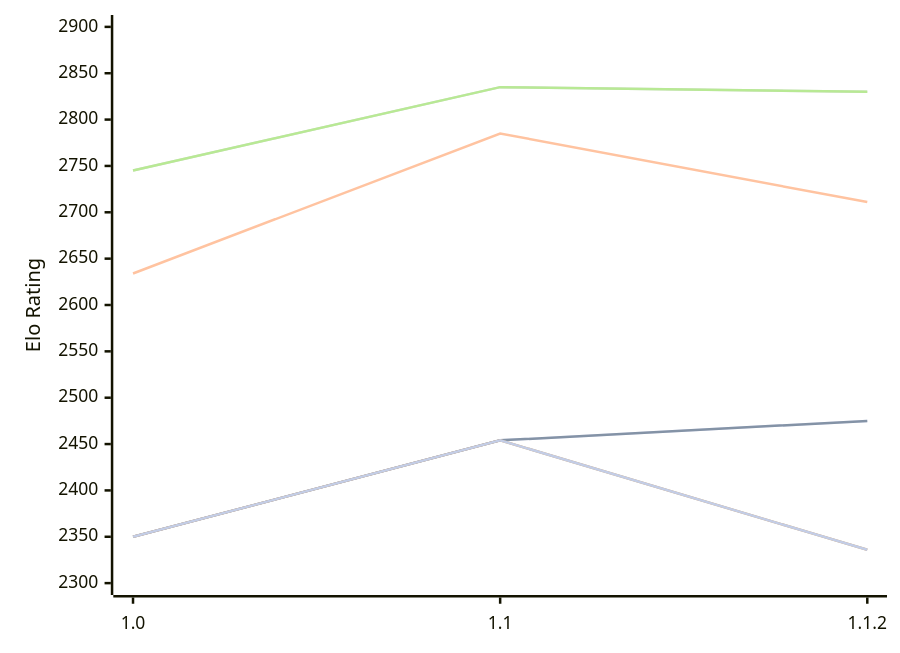
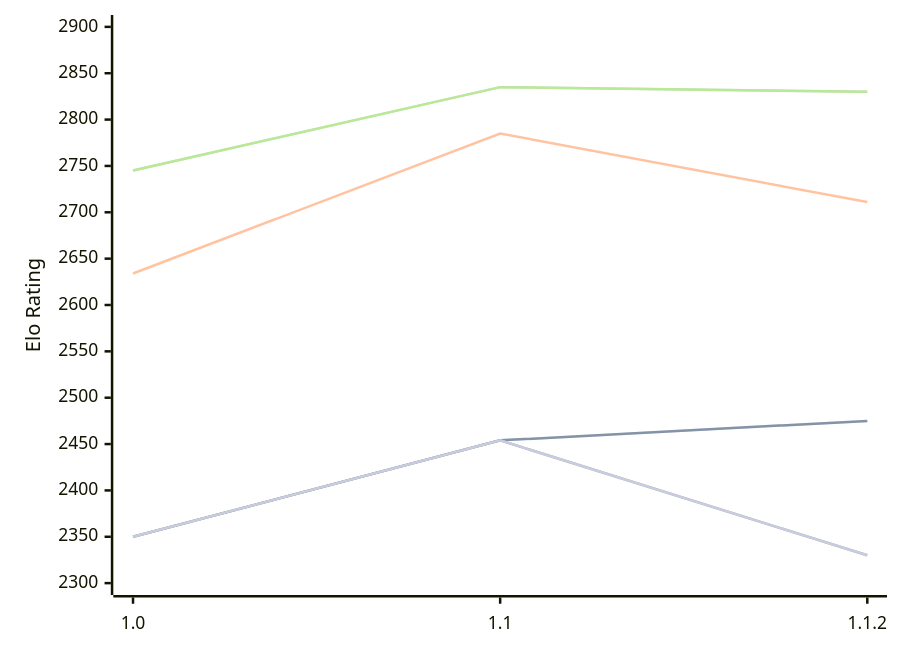
The diagram in engines/Casanchess.md (computer-chess-index/cci), drawn with Mermaid before and after one commit. The commit also changed other lines of this file, not shown here.

````diff
--- a/engines/Casanchess.md
+++ b/engines/Casanchess.md
@@ -49,13 +49,13 @@
 ```mermaid
 %%{init: {"theme":"base","themeVariables":{"seriesColors:['#a3a3a3','#222221','#faa371']}}}%%
 xychart-beta
   x-axis ["1.0", "1.1", "1.1.2"]
   y-axis "Elo Rating" 2300 --> 2900
   line "" [2350, 2454, 2475]
   line "T1: STC (8.0+0.08s)" [2350, 2454, 2475]
   line "T1: LTC (60.0+0.60s)" [2634, 2785, 2711]
   line "" [2745, 2835, 2830]
   line "T1: VLTC (2m24s+1.12s)" [2745, 2835, 2830]
-  line "" [2350, 2454,2336]
-  line "E1: STC (8.0+0.08s)" [2350, 2454,2336]
+  line "" [2350, 2454,2330]
+  line "E1: STC (8.0+0.08s)" [2350, 2454,2330]
 ```
````
